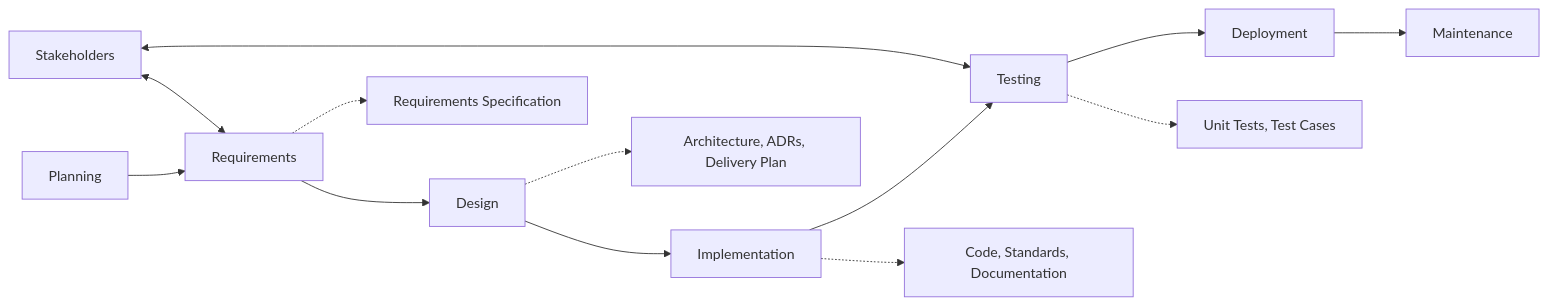
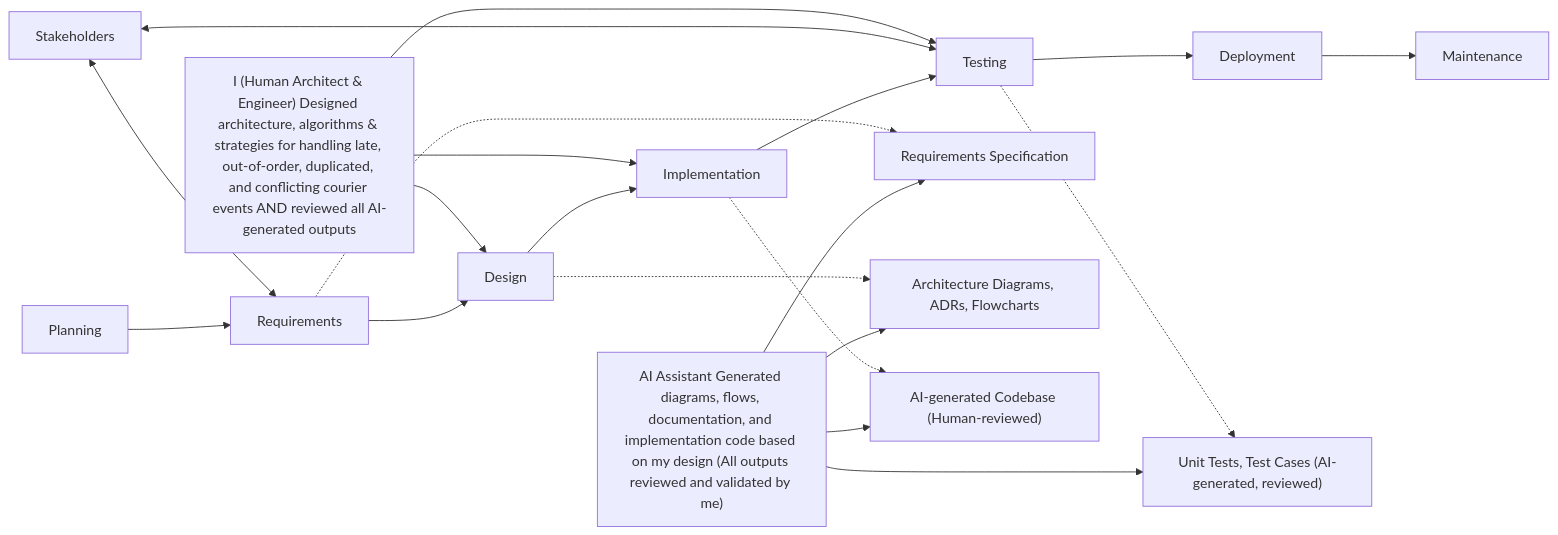
One commit to JanVDL1975/accso-tech-assessment changed the diagram in docs/DEVELOPMENT_PROCESS_NOTE.md. Above: the diagram before and after it, drawn with Mermaid. The commit also changed other lines of this file, not shown here.

Commit message:
docs: updated the development process notes

````diff
--- a/docs/DEVELOPMENT_PROCESS_NOTE.md
+++ b/docs/DEVELOPMENT_PROCESS_NOTE.md
@@ -2,18 +10,36 @@
 ```mermaid
 flowchart LR
 
     Planning --> Requirements
     Requirements --> Design
     Design --> Implementation
     Implementation --> Testing
     Testing --> Deployment
     Deployment --> Maintenance
 
     Stakeholders <--> Requirements
     Stakeholders <--> Testing
 
+    %% =========================
+    %% Human ownership (decision layer)
+    %% =========================
+    Human["I (Human Architect & Engineer) Designed architecture, algorithms & strategies for handling late, out-of-order, duplicated, and conflicting courier events AND reviewed all AI-generated outputs"] --> Design
+    Human --> Implementation
+    Human --> Testing
+
+    %% =========================
+    %% AI role (execution + artifact generation)
+    %% =========================
+    AI["AI Assistant Generated diagrams, flows, documentation, and implementation code based on my design (All outputs reviewed and validated by me)"] --> ReqSpec
+    AI --> DesignDocs
+    AI --> CodeDocs
+    AI --> TestDocs
+
+    %% =========================
+    %% Artefacts tied to SDLC phases
+    %% =========================
     Requirements -.-> ReqSpec["Requirements Specification"]
-    Design -.-> DesignDocs["Architecture, ADRs, Delivery Plan"]
-    Implementation -.-> CodeDocs["Code, Standards, Documentation"]
-    Testing -.-> TestDocs["Unit Tests, Test Cases"]
+    Design -.-> DesignDocs["Architecture Diagrams, ADRs, Flowcharts"]
+    Implementation -.-> CodeDocs["AI-generated Codebase (Human-reviewed)"]
+    Testing -.-> TestDocs["Unit Tests, Test Cases (AI-generated, reviewed)"]
 ```
````
